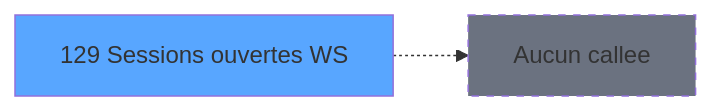
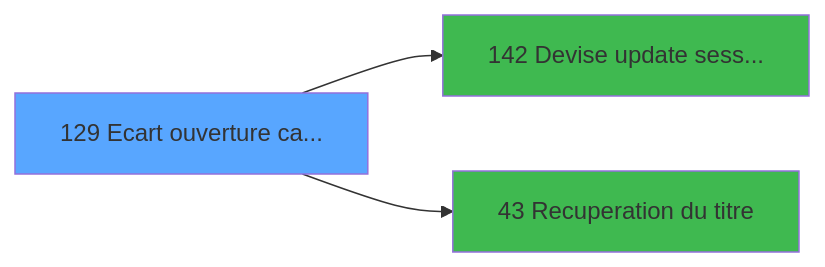
The third of 3 diagrams in .openspec/specs/ADH-IDE-129.md (thonyAGP/lecteur-magic), drawn with Mermaid before and after one commit. The commit also changed other lines of this file and 493 other files, not shown here.

````diff
--- a/.openspec/specs/ADH-IDE-129.md
+++ b/.openspec/specs/ADH-IDE-129.md
@@ -163,8 +269,11 @@
 ```mermaid
 graph LR
-    T129[129 Sessions ouvertes WS]
+    T129[129 Ecart ouverture ca...]
     style T129 fill:#58a6ff
-    NONE[Aucun callee]
-    T129 -.-> NONE
-    style NONE fill:#6b7280,stroke-dasharray: 5 5
+    C142[142 Devise update sess...]
+    T129 --> C142
+    style C142 fill:#3fb950
+    C43[43 Recuperation du titre]
+    T129 --> C43
+    style C43 fill:#3fb950
 ```
````
